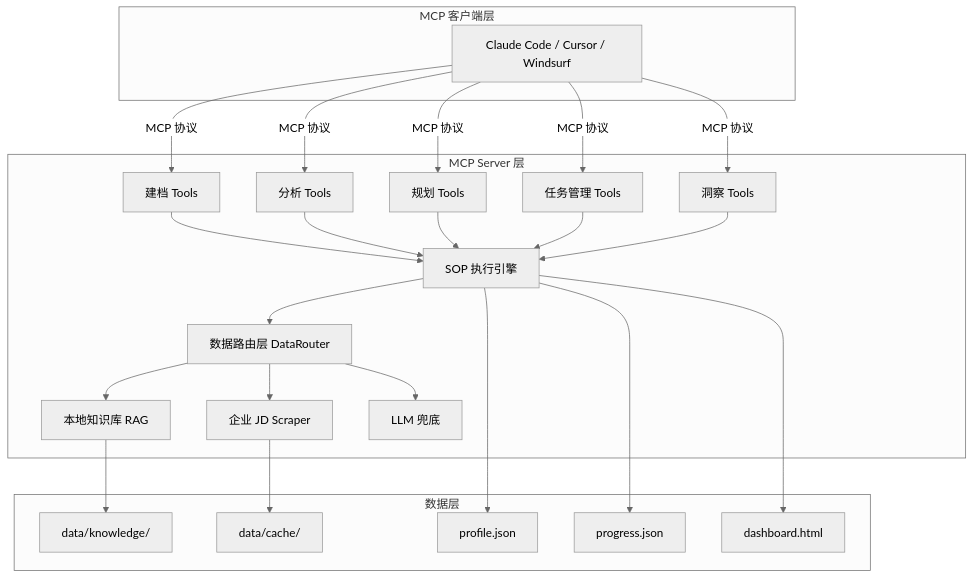
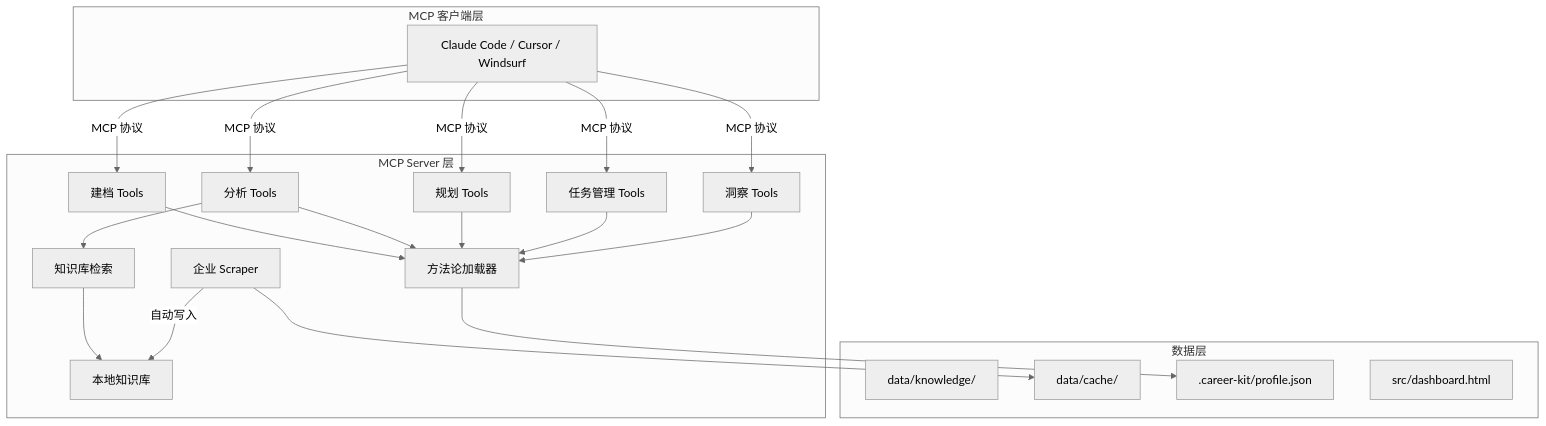
The first of 2 diagrams in docs/architecture.md (Wuuuuuuuuuz/career-kit), drawn with Mermaid (neutral theme) before and after one commit. The commit also changed other lines of this file and 19 other files, not shown here.

````diff
--- a/docs/architecture.md
+++ b/docs/architecture.md
@@ -23,52 +23,45 @@
 ```mermaid
 graph TB
     subgraph "MCP 客户端层"
         A[Claude Code / Cursor / Windsurf]
     end
     
     subgraph "MCP Server 层"
         B[建档 Tools]
         C[分析 Tools]
         D[规划 Tools]
         E[任务管理 Tools]
         F[洞察 Tools]
-        
-        G[SOP 执行引擎]
-        H[数据路由层 DataRouter]
-        
-        I[本地知识库 RAG]
-        J[企业 JD Scraper]
-        K[LLM 兜底]
+
+        G[方法论加载器]
+        H[知识库检索]
+
+        I[本地知识库]
+        J[企业 Scraper]
     end
-    
+
     subgraph "数据层"
         L[data/knowledge/]
         M[data/cache/]
-        N[profile.json]
-        O[progress.json]
-        P[dashboard.html]
+        N[.career-kit/profile.json]
+        P[src/dashboard.html]
     end
-    
+
     A -->|MCP 协议| B
     A -->|MCP 协议| C
     A -->|MCP 协议| D
     A -->|MCP 协议| E
     A -->|MCP 协议| F
-    
+
     B --> G
     C --> G
     D --> G
     E --> G
     F --> G
-    
-    G --> H
+
+    C --> H
     H --> I
-    H --> J
-    H --> K
-    
-    I --> L
+    J -->|自动写入| I
     J --> M
     G --> N
-    G --> O
-    G --> P
 ```
````
